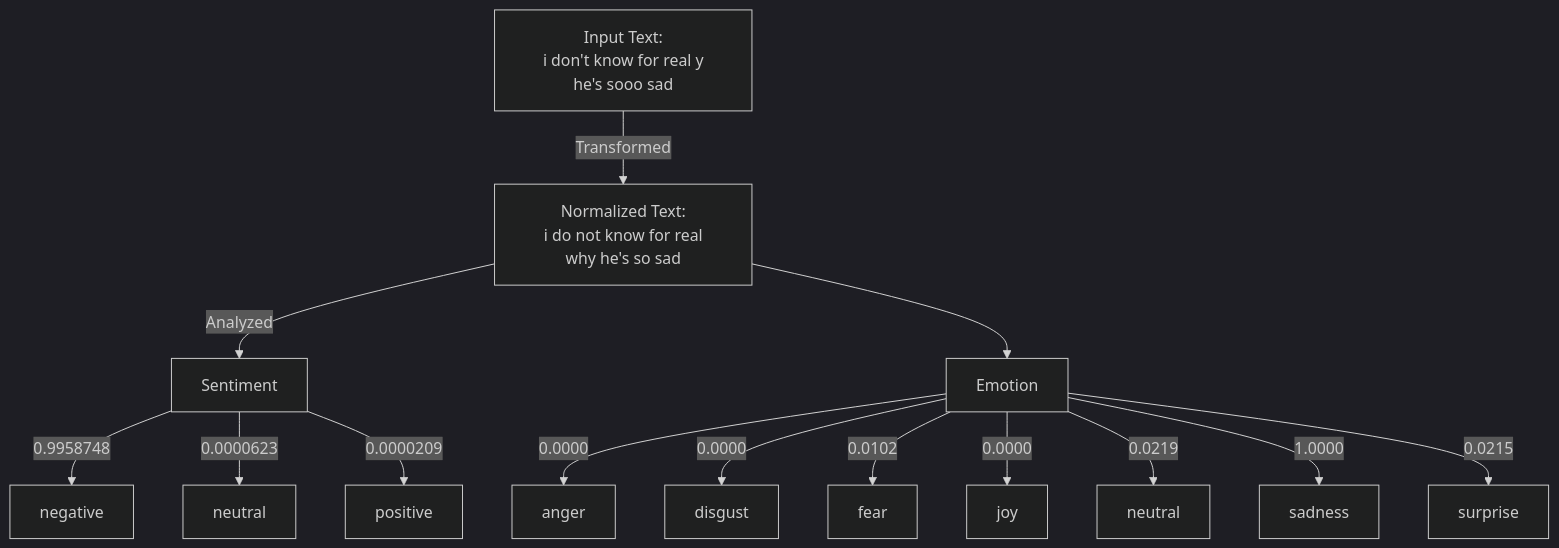
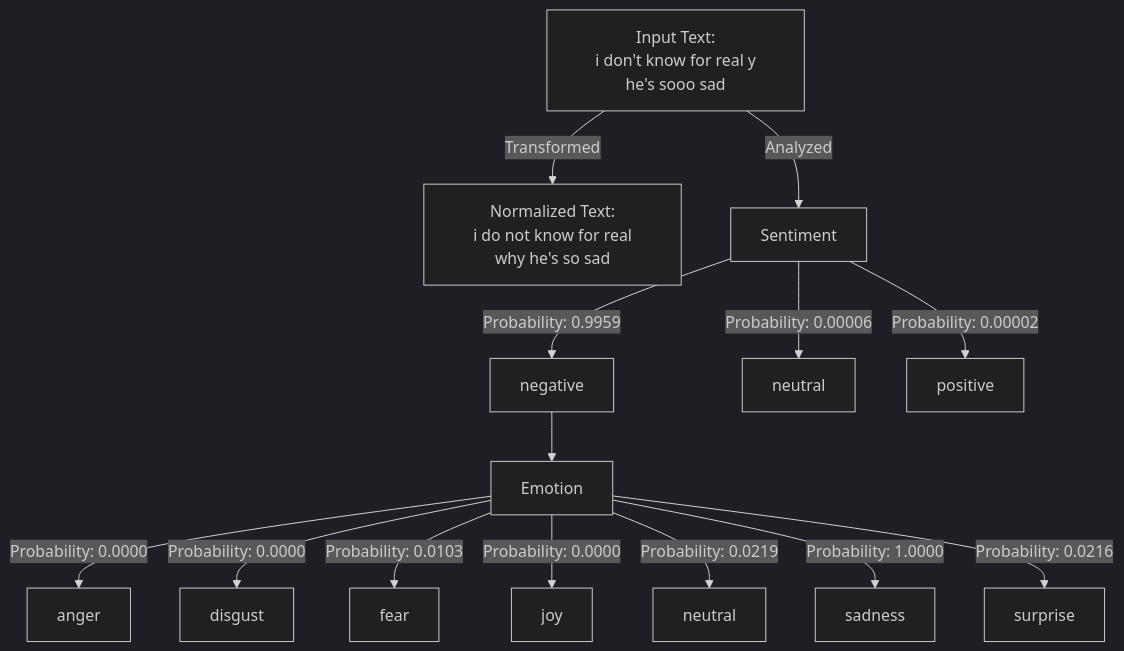
Before and after one commit to ArchismanKarmakar/Tachygraphy-Microtext-Analysis-And-Normalization: the diagram in README.md, drawn with Mermaid (dark theme).

````diff
--- a/README.md
+++ b/README.md
@@ -72,19 +72,20 @@
 ```mermaid
 graph TD;
     A["Input Text:\n i don't know for real y he's sooo sad"] -->|Transformed| B["Normalized Text:\n i do not know for real why he's so sad"]
-    B -->|Analyzed| C["Sentiment"]
+    A -->|Analyzed| C["Sentiment"]
     
-    C -->|0.9958748| D["negative"]
-    C -->|0.0000623| E["neutral"]
-    C -->|0.0000209| F["positive"]
+    C -->|Probability: 0.9959| D["negative"]
+    C -->|Probability: 0.00006| E["neutral"]
+    C -->|Probability: 0.00002| F["positive"]
 
-    B --> G["Emotion"]
+    D --> G["Emotion"]
     
-    G -->|0.0000| H["anger"]
-    G -->|0.0000| I["disgust"]
-    G -->|0.0102| J["fear"]
-    G -->|0.0000| K["joy"]
-    G -->|0.0219| L["neutral"]
-    G -->|1.0000| M["sadness"]
-    G -->|0.0215| N["surprise"]
+    G -->|Probability: 0.0000| H["anger"]
+    G -->|Probability: 0.0000| I["disgust"]
+    G -->|Probability: 0.0103| J["fear"]
+    G -->|Probability: 0.0000| K["joy"]
+    G -->|Probability: 0.0219| L["neutral"]
+    G -->|Probability: 1.0000| M["sadness"]
+    G -->|Probability: 0.0216| N["surprise"]
+
 ```
````
